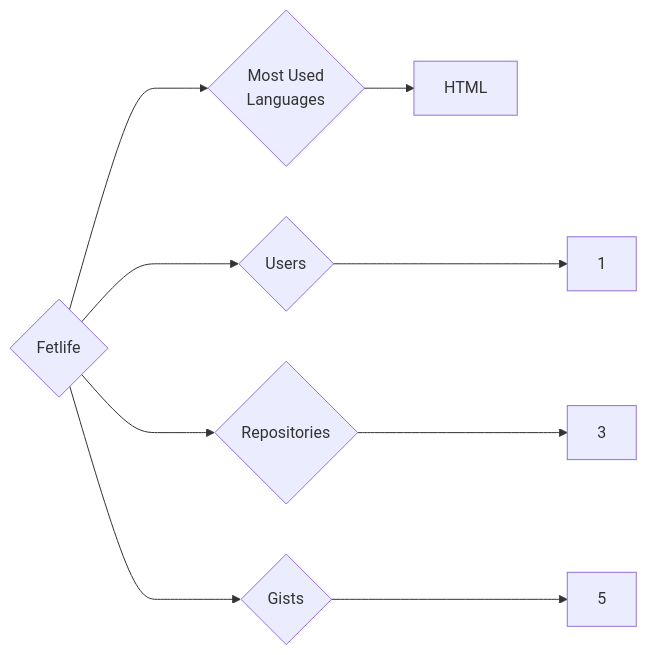
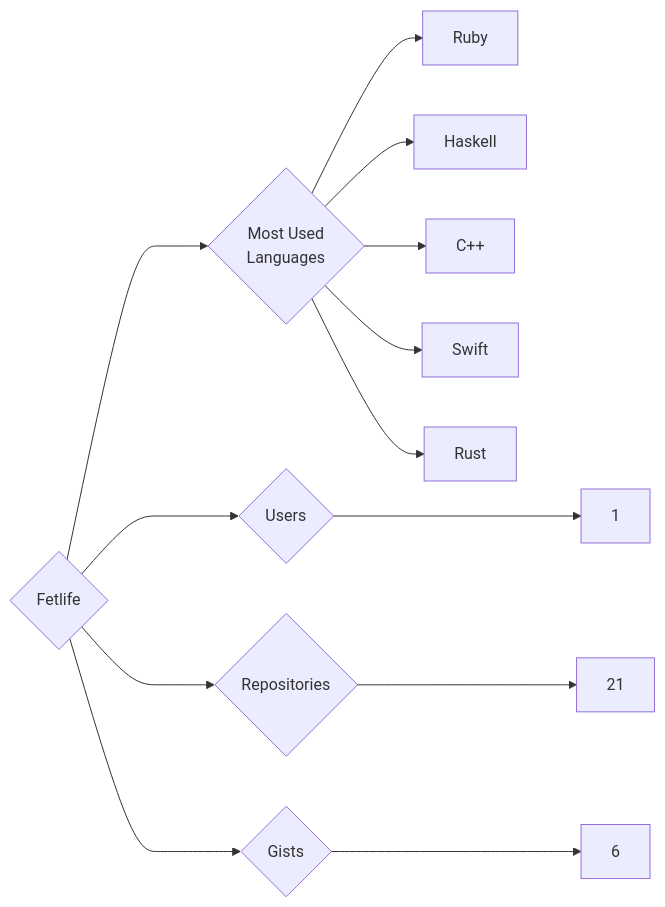
The diagram in targets/Fetlife/README.md (trickest/insiders), drawn with Mermaid before and after one commit. The commit also changed 997 other files, not shown here.

````diff
--- a/targets/Fetlife/README.md
+++ b/targets/Fetlife/README.md
@@ -3,9 +3,13 @@
 ```mermaid
 graph LR
 COMPANY_NAME{Fetlife}
 COMPANY_NAME ---> U{Users} ---> UN[1]
-COMPANY_NAME ---> R{Repositories} ---> RN[3]
-COMPANY_NAME ---> G{Gists} ---> GN[5]
+COMPANY_NAME ---> R{Repositories} ---> RN[21]
+COMPANY_NAME ---> G{Gists} ---> GN[6]
 COMPANY_NAME ---> ML{Most Used<br>Languages}
-ML --> HTML[HTML]
+ML --> Ruby[Ruby]
+ML --> Haskell[Haskell]
+ML --> C++[C++]
+ML --> Swift[Swift]
+ML --> Rust[Rust]
 ```
````
